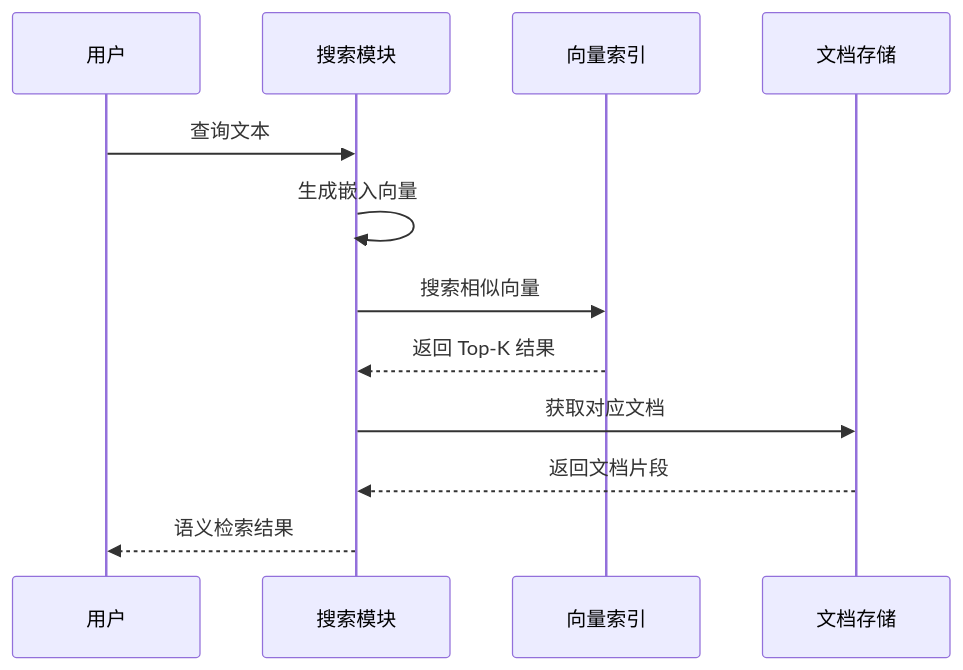
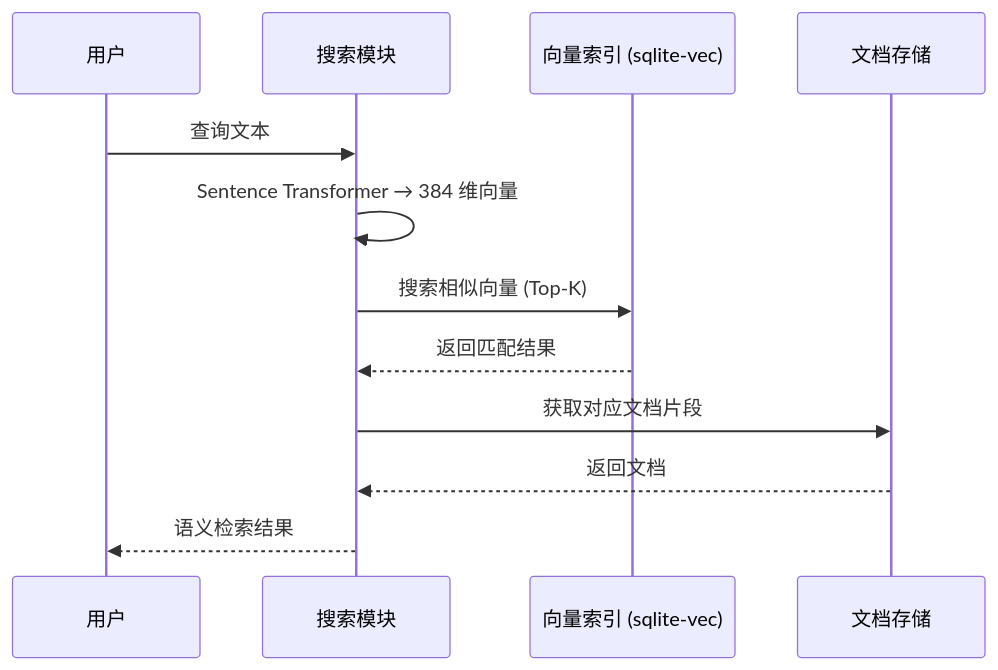
One commit to caicongyang/bloger changed the tenth of 19 diagrams in openclaw/FAQ.md. Above: the diagram before and after it, drawn with Mermaid. The commit also changed other lines of this file and 13 other files, not shown here.

````diff
--- a/openclaw/FAQ.md
+++ b/openclaw/FAQ.md
@@ -705,15 +556,15 @@
 ```mermaid
 sequenceDiagram
     participant U as 用户
     participant S as 搜索模块
-    participant V as 向量索引
+    participant V as 向量索引 (sqlite-vec)
     participant D as 文档存储
 
     U->>S: 查询文本
-    S->>S: 生成嵌入向量
-    S->>V: 搜索相似向量
-    V-->>S: 返回 Top-K 结果
-    S->>D: 获取对应文档
-    D-->>S: 返回文档片段
+    S->>S: Sentence Transformer → 384 维向量
+    S->>V: 搜索相似向量 (Top-K)
+    V-->>S: 返回匹配结果
+    S->>D: 获取对应文档片段
+    D-->>S: 返回文档
     S-->>U: 语义检索结果
 ```
````
